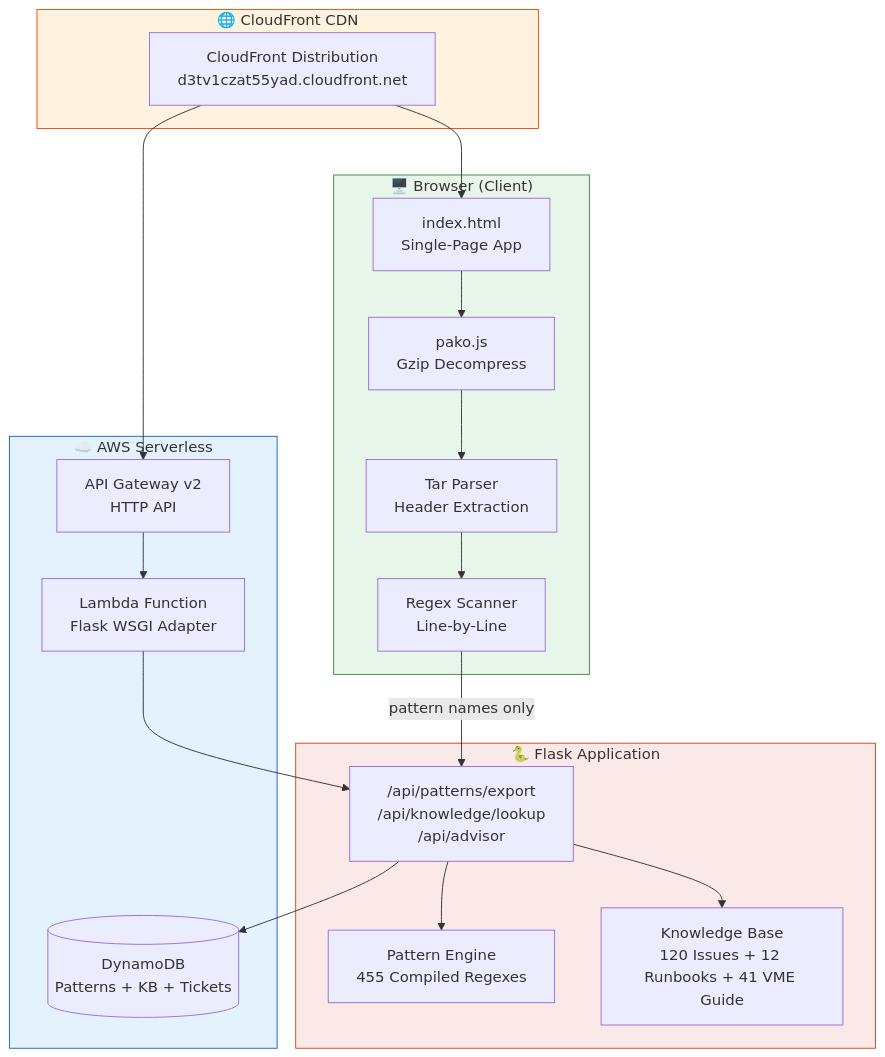
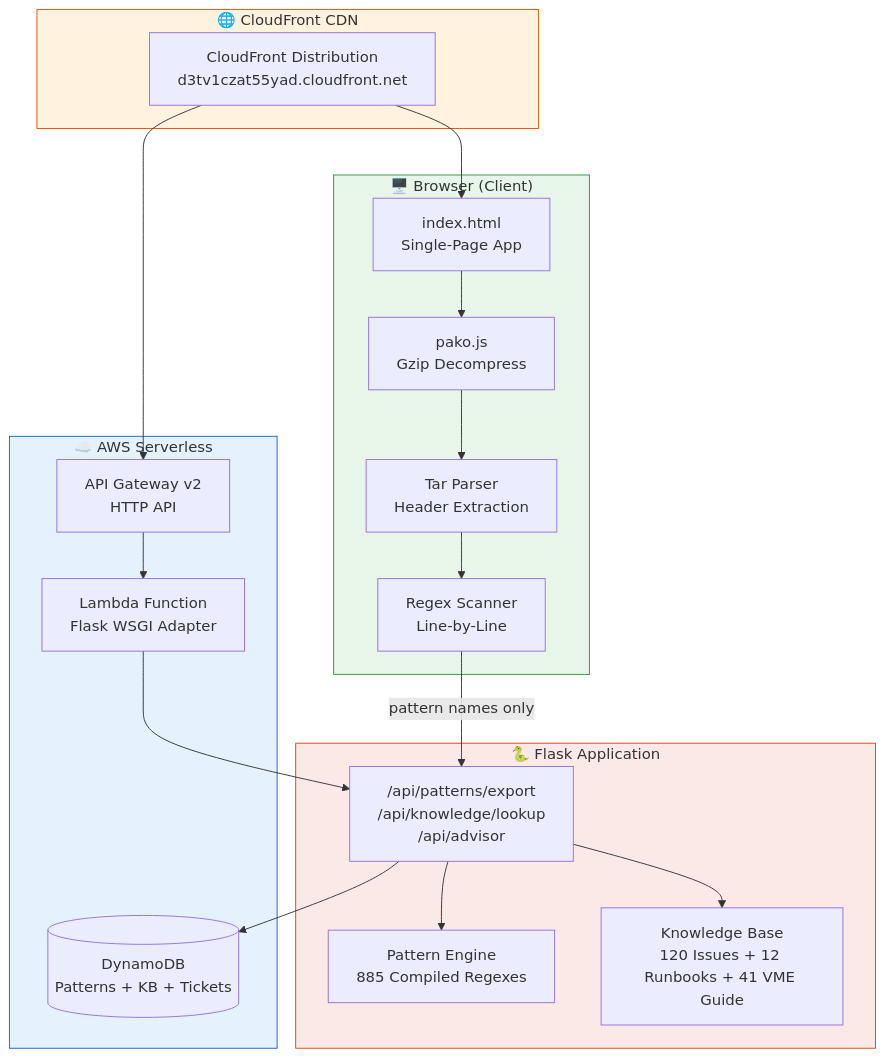
One commit to yadakrishna245/Log_analysis changed diagram 13 of 17 in README.md. Above: the diagram before and after it, drawn with Mermaid. The commit also changed other lines of this file, not shown here.

````diff
--- a/README.md
+++ b/README.md
@@ -817,43 +817,43 @@
 ```mermaid
 graph TB
     subgraph CDN["🌐 CloudFront CDN"]
         CF[CloudFront Distribution<br/>d3tv1czat55yad.cloudfront.net]
     end
 
     subgraph SERVERLESS["☁️ AWS Serverless"]
         APIGW[API Gateway v2<br/>HTTP API]
         LAMBDA[Lambda Function<br/>Flask WSGI Adapter]
         DYNAMO[(DynamoDB<br/>Patterns + KB + Tickets)]
     end
 
     subgraph FLASK["🐍 Flask Application"]
         ROUTES["/api/patterns/export<br/>/api/knowledge/lookup<br/>/api/advisor"]
-        ENGINE[Pattern Engine<br/>455 Compiled Regexes]
+        ENGINE[Pattern Engine<br/>885 Compiled Regexes]
         KB[Knowledge Base<br/>120 Issues + 12 Runbooks + 41 VME Guide]
     end
 
     subgraph BROWSER["🖥️ Browser (Client)"]
         HTML[index.html<br/>Single-Page App]
         PAKO[pako.js<br/>Gzip Decompress]
         TARPARSER[Tar Parser<br/>Header Extraction]
         SCANNER[Regex Scanner<br/>Line-by-Line]
     end
 
     CF --> APIGW
     APIGW --> LAMBDA
     LAMBDA --> ROUTES
     ROUTES --> ENGINE
     ROUTES --> KB
     ROUTES --> DYNAMO
 
     CF --> HTML
     HTML --> PAKO
     PAKO --> TARPARSER
     TARPARSER --> SCANNER
     SCANNER -->|pattern names only| ROUTES
 
     style CDN fill:#fff3e0,stroke:#e65100
     style SERVERLESS fill:#e3f2fd,stroke:#1565c0
     style FLASK fill:#fbe9e7,stroke:#d84315
     style BROWSER fill:#e8f5e9,stroke:#388e3c
 ```
````
